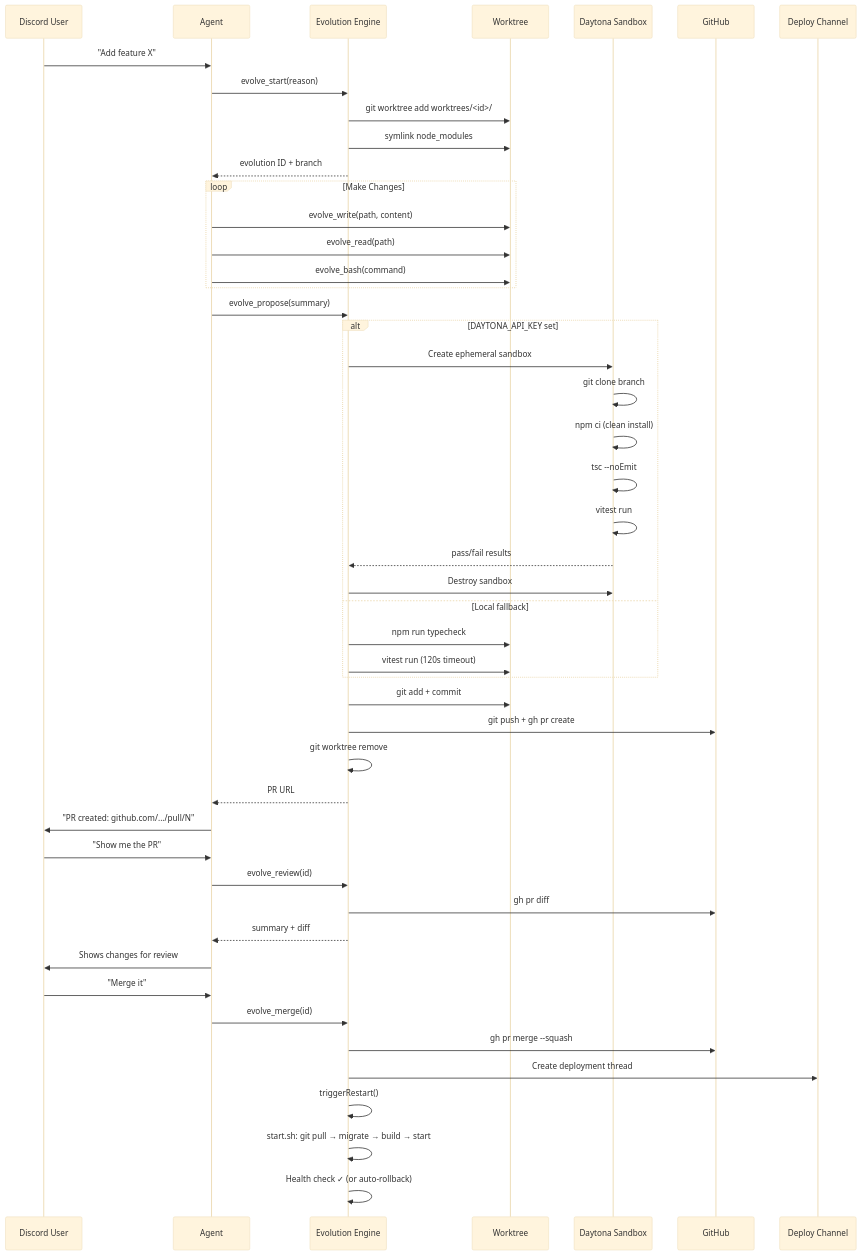
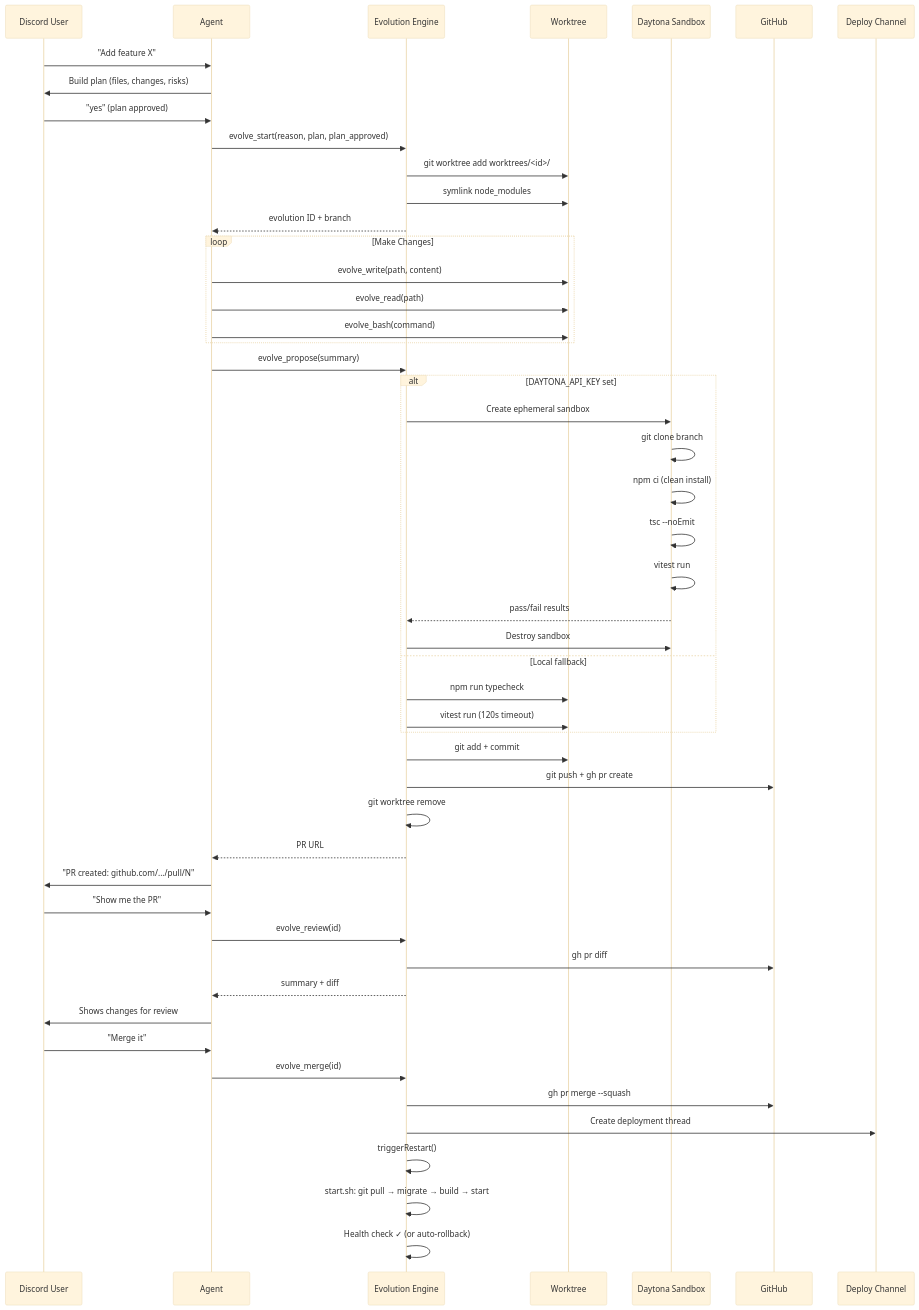
One commit to NaichuanZhang/disclaw changed the tenth of 10 diagrams in README.md. Above: the diagram before and after it, drawn with Mermaid (base theme). The commit also changed other lines of this file and 7 other files, not shown here.

Commit message:
feat(evolution): auto-merge evolutions after CI, gate on approved build plan instead of diff review (#129)

````diff
--- a/README.md
+++ b/README.md
@@ -867,58 +869,60 @@
 ```mermaid
 sequenceDiagram
     participant U as Discord User
     participant A as Agent
     participant E as Evolution Engine
     participant W as Worktree
     participant S as Daytona Sandbox
     participant GH as GitHub
     participant DC as Deploy Channel
 
     U->>A: "Add feature X"
-    A->>E: evolve_start(reason)
+    A->>U: Build plan (files, changes, risks)
+    U->>A: "yes" (plan approved)
+    A->>E: evolve_start(reason, plan, plan_approved)
     E->>W: git worktree add worktrees/<id>/
     E->>W: symlink node_modules
     E-->>A: evolution ID + branch
 
     loop Make Changes
         A->>W: evolve_write(path, content)
         A->>W: evolve_read(path)
         A->>W: evolve_bash(command)
     end
 
     A->>E: evolve_propose(summary)
 
     alt DAYTONA_API_KEY set
         E->>S: Create ephemeral sandbox
         S->>S: git clone branch
         S->>S: npm ci (clean install)
         S->>S: tsc --noEmit
         S->>S: vitest run
         S-->>E: pass/fail results
         E->>S: Destroy sandbox
     else Local fallback
         E->>W: npm run typecheck
         E->>W: vitest run (120s timeout)
     end
 
     E->>W: git add + commit
     E->>GH: git push + gh pr create
     E->>E: git worktree remove
     E-->>A: PR URL
 
     A->>U: "PR created: github.com/.../pull/N"
 
     U->>A: "Show me the PR"
     A->>E: evolve_review(id)
     E->>GH: gh pr diff
     E-->>A: summary + diff
     A->>U: Shows changes for review
 
     U->>A: "Merge it"
     A->>E: evolve_merge(id)
     E->>GH: gh pr merge --squash
     E->>DC: Create deployment thread
     E->>E: triggerRestart()
     E->>E: start.sh: git pull → migrate → build → start
     E->>E: Health check ✓ (or auto-rollback)
 ```
````
